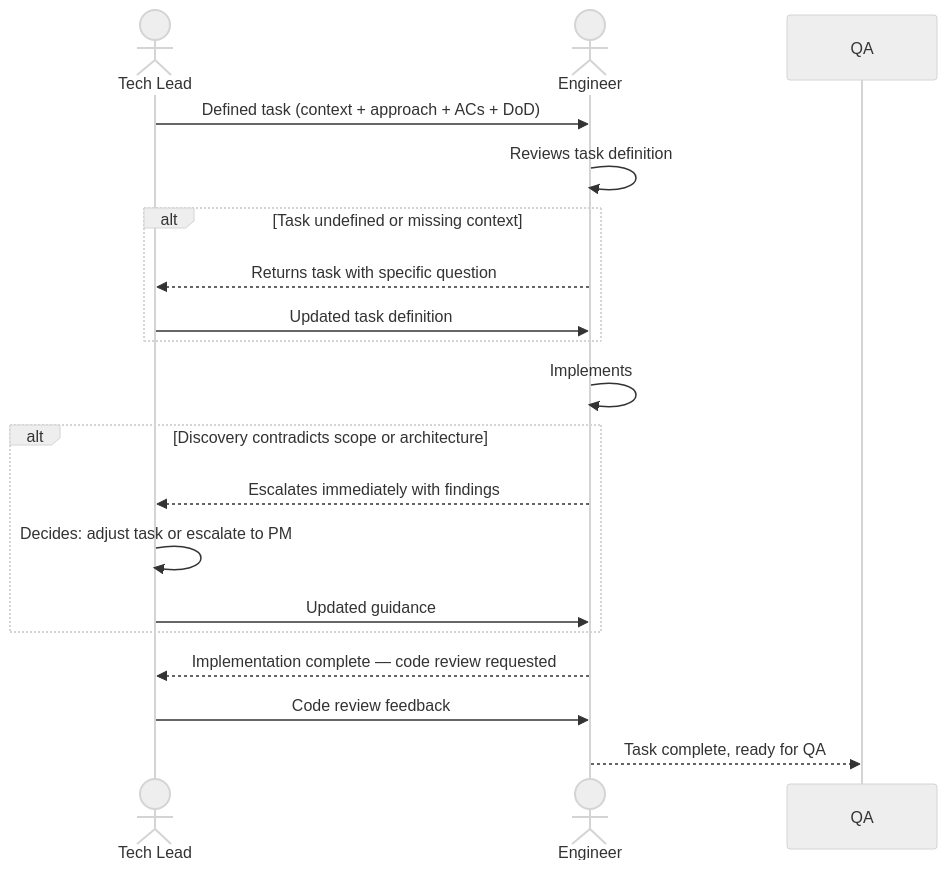
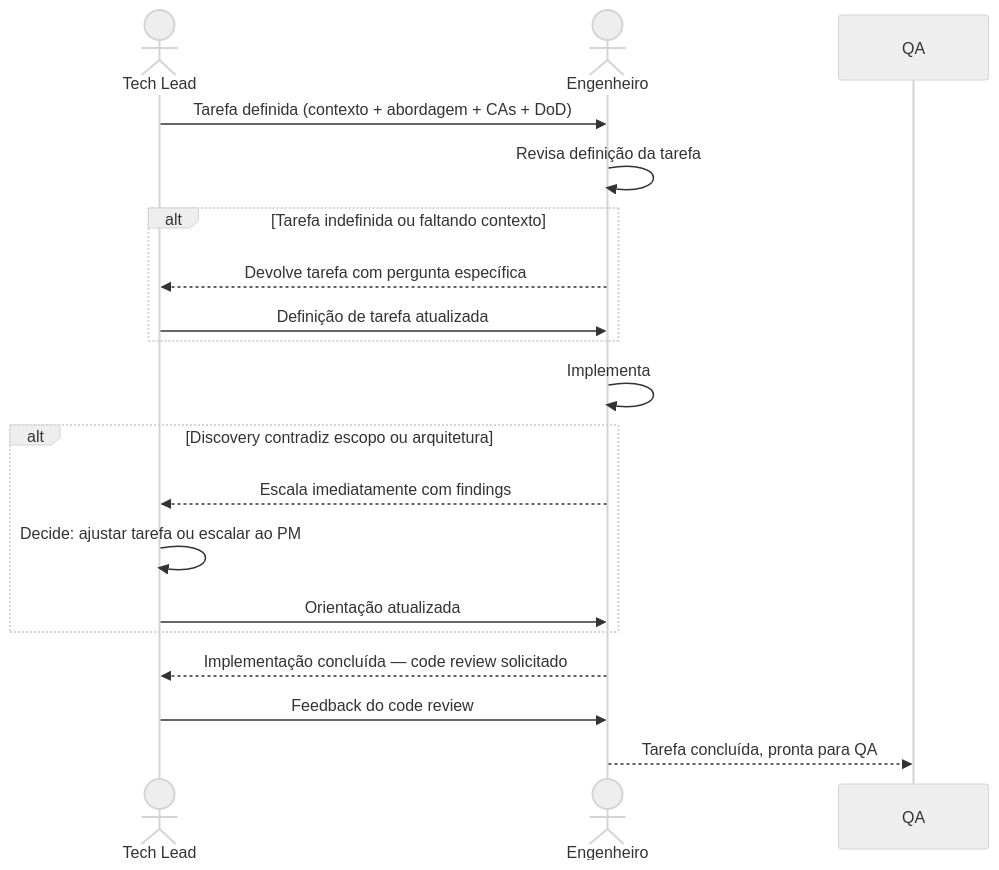
Before and after one commit to hugo-hsbtech/teamwork-process: the diagram in interactions/10-tech-leads-to-engineers.md, drawn with Mermaid (neutral theme). The commit also changed other lines of this file and 64 other files, not shown here.

````diff
--- a/interactions/10-tech-leads-to-engineers.md
+++ b/interactions/10-tech-leads-to-engineers.md
@@ -64,25 +64,25 @@
 ```mermaid
 sequenceDiagram
     actor TL as Tech Lead
-    actor ENG as Engineer
+    actor ENG as Engenheiro
 
-    TL->>ENG: Defined task (context + approach + ACs + DoD)
-    ENG->>ENG: Reviews task definition
+    TL->>ENG: Tarefa definida (contexto + abordagem + CAs + DoD)
+    ENG->>ENG: Revisa definição da tarefa
 
-    alt Task undefined or missing context
-        ENG-->>TL: Returns task with specific question
-        TL->>ENG: Updated task definition
+    alt Tarefa indefinida ou faltando contexto
+        ENG-->>TL: Devolve tarefa com pergunta específica
+        TL->>ENG: Definição de tarefa atualizada
     end
 
-    ENG->>ENG: Implements
+    ENG->>ENG: Implementa
 
-    alt Discovery contradicts scope or architecture
-        ENG-->>TL: Escalates immediately with findings
-        TL->>TL: Decides: adjust task or escalate to PM
-        TL->>ENG: Updated guidance
+    alt Discovery contradiz escopo ou arquitetura
+        ENG-->>TL: Escala imediatamente com findings
+        TL->>TL: Decide: ajustar tarefa ou escalar ao PM
+        TL->>ENG: Orientação atualizada
     end
 
-    ENG-->>TL: Implementation complete — code review requested
-    TL->>ENG: Code review feedback
-    ENG-->>QA: Task complete, ready for QA
+    ENG-->>TL: Implementação concluída — code review solicitado
+    TL->>ENG: Feedback do code review
+    ENG-->>QA: Tarefa concluída, pronta para QA
 ```
````
